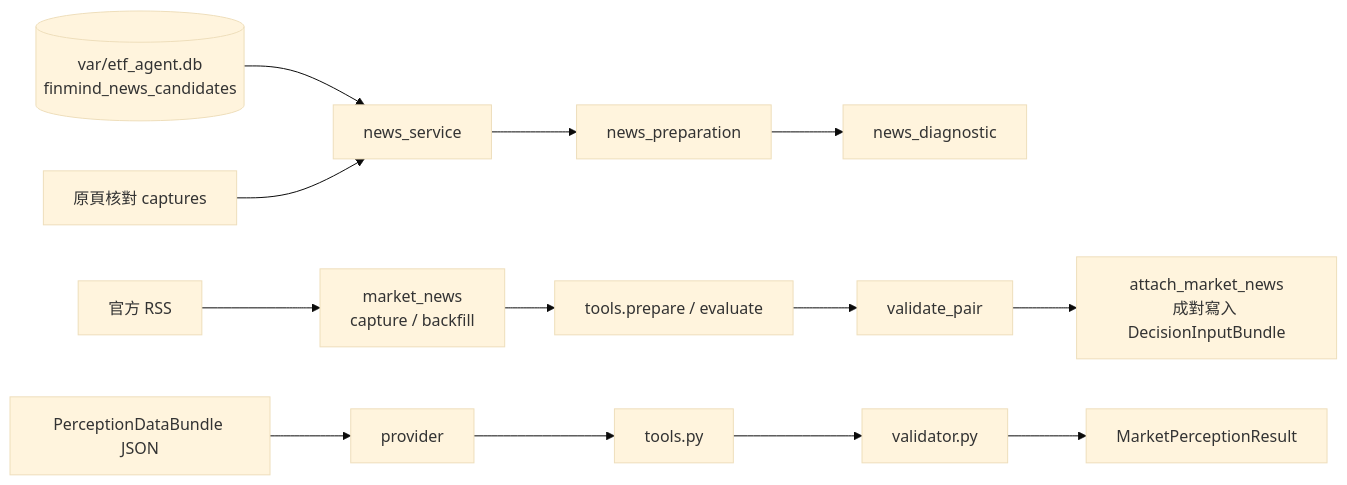
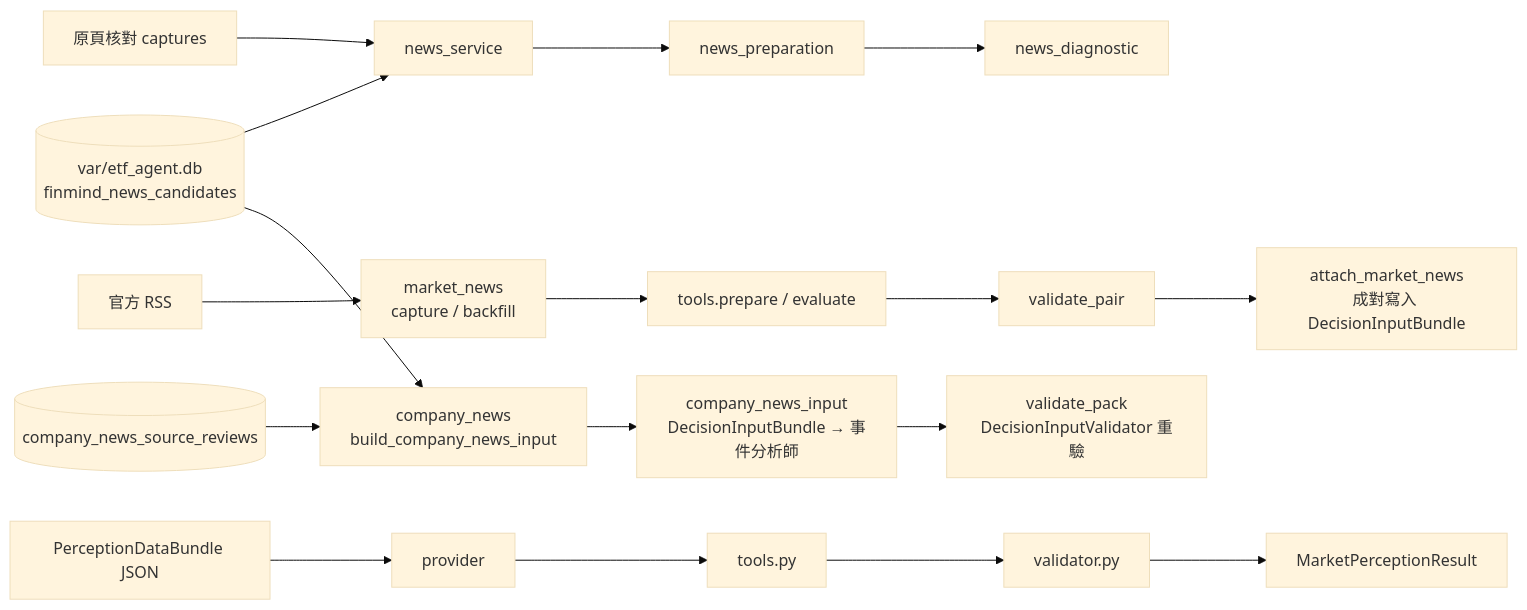
Before and after one commit to zxcvb8885123/ETF-AGENTS: the diagram in src/etf_agent/perception/README.md, drawn with Mermaid (base theme). The commit also changed other lines of this file and 58 other files, not shown here.

````diff
--- a/src/etf_agent/perception/README.md
+++ b/src/etf_agent/perception/README.md
@@ -38,12 +50,16 @@
 ```mermaid
 flowchart LR
     DB[(var/etf_agent.db<br/>finmind_news_candidates)] --> NS[news_service]
     CAP[原頁核對 captures] --> NS
     NS --> NP[news_preparation] --> ND[news_diagnostic]
     RSS[官方 RSS] --> MN[market_news<br/>capture / backfill]
     MN --> MNT[tools.prepare / evaluate] --> MNV[validate_pair]
     MNV --> ATT[attach_market_news<br/>成對寫入 DecisionInputBundle]
+    DB --> CN[company_news<br/>build_company_news_input]
+    REV[(company_news_source_reviews)] --> CN
+    CN --> CNI[company_news_input<br/>DecisionInputBundle → 事件分析師]
+    CNI --> CNV[validate_pack<br/>DecisionInputValidator 重驗]
     BUNDLE[PerceptionDataBundle JSON] --> PR[provider]
     PR --> TL[tools.py] --> VAL[validator.py]
     VAL --> RES[MarketPerceptionResult]
 ```
````
